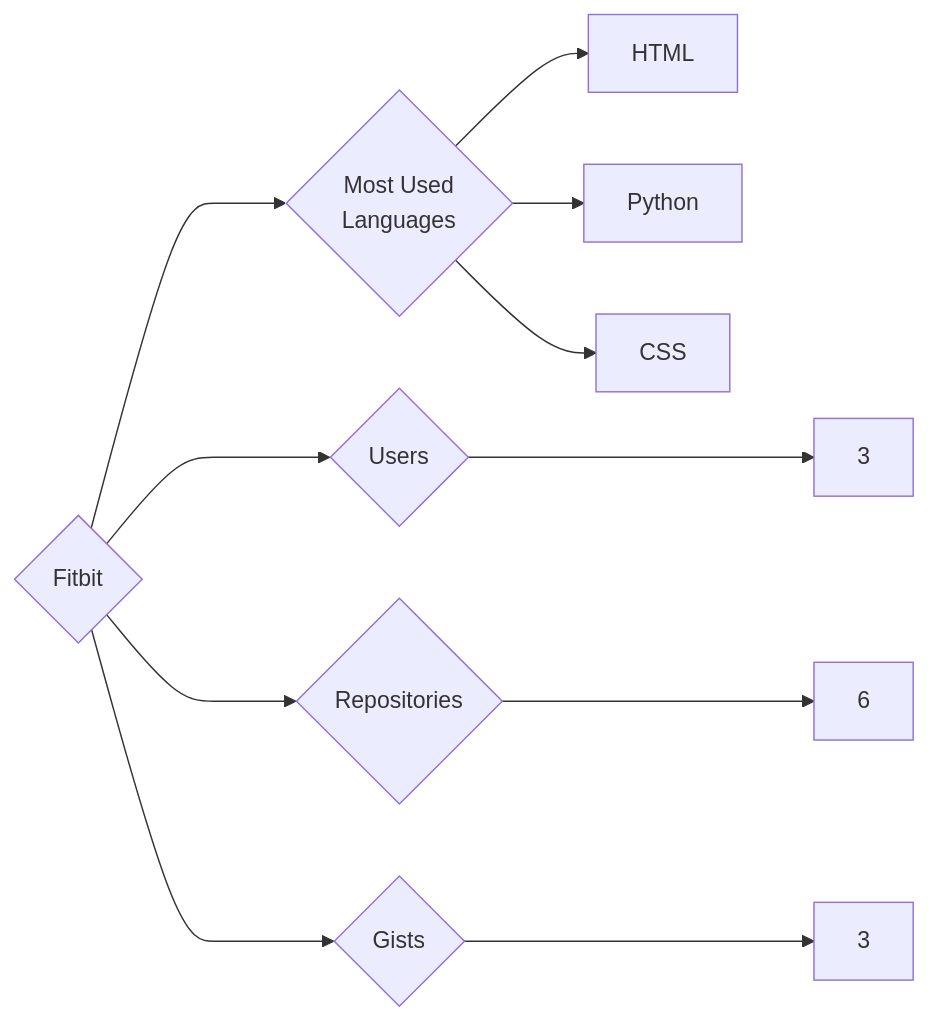
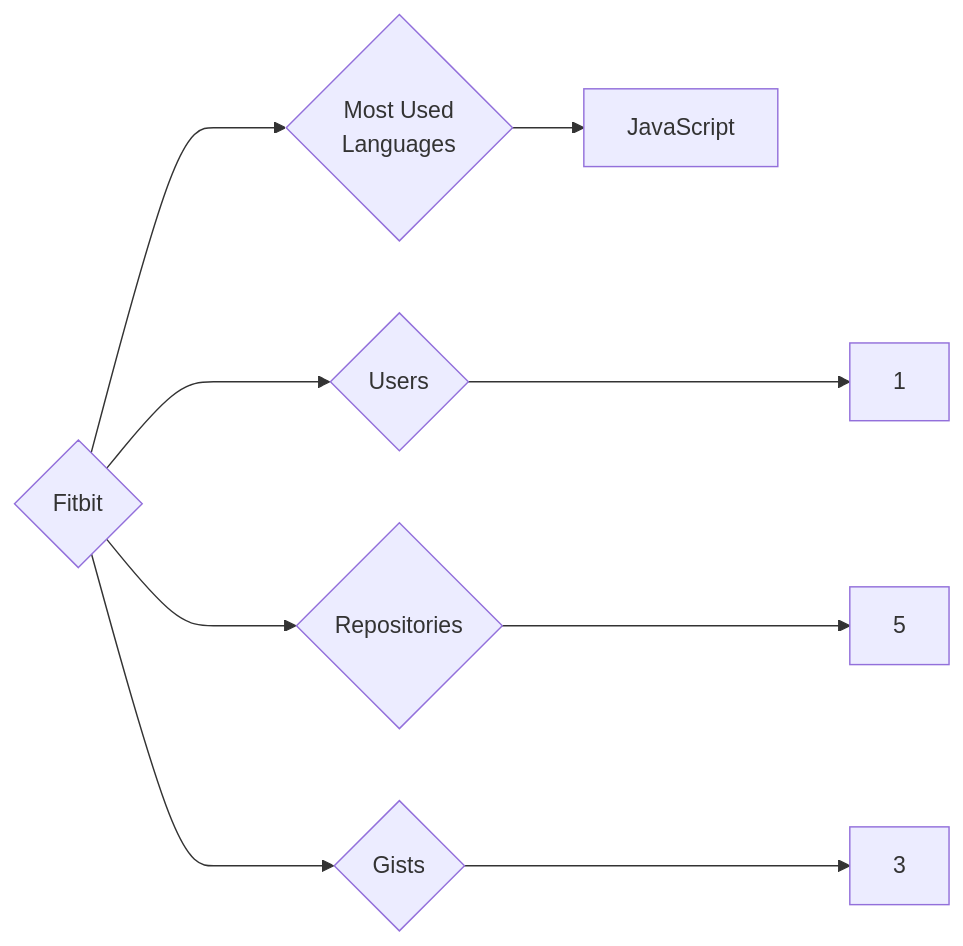
Before and after one commit to trickest/insiders: the diagram in targets/Fitbit/README.md, drawn with Mermaid. The commit also changed 859 other files, not shown here.

````diff
--- a/targets/Fitbit/README.md
+++ b/targets/Fitbit/README.md
@@ -3,11 +3,9 @@
 ```mermaid
 graph LR
 COMPANY_NAME{Fitbit}
-COMPANY_NAME ---> U{Users} ---> UN[3]
-COMPANY_NAME ---> R{Repositories} ---> RN[6]
+COMPANY_NAME ---> U{Users} ---> UN[1]
+COMPANY_NAME ---> R{Repositories} ---> RN[5]
 COMPANY_NAME ---> G{Gists} ---> GN[3]
 COMPANY_NAME ---> ML{Most Used<br>Languages}
-ML --> HTML[HTML]
-ML --> Python[Python]
-ML --> CSS[CSS]
+ML --> JavaScript[JavaScript]
 ```
````
